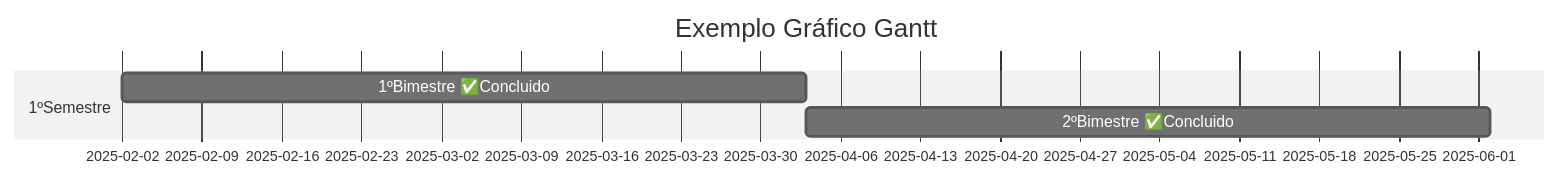
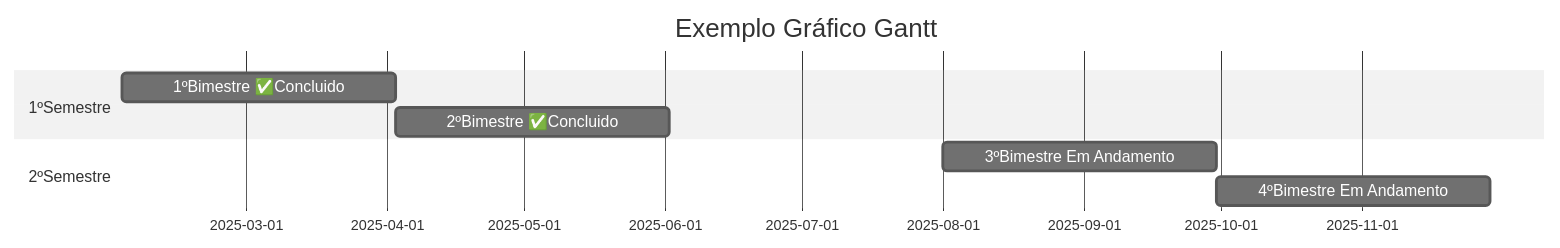
One commit to LucasBParada/dw3-grafico-g changed the third of 3 diagrams in README.md. Above: the diagram before and after it, drawn with Mermaid (neutral theme).

````diff
--- a/README.md
+++ b/README.md
@@ -20,9 +20,11 @@
 ```mermaid
 gantt
 title Exemplo Gráfico Gantt
 dateFormat YYYY-MM-DD
 section 1ºSemestre
 1ºBimestre ✅Concluido:a1, 2025-02-02, 60d
 2ºBimestre ✅Concluido:a2,after a1, 60d
 section 2ºSemestre
+3ºBimestre Em Andamento:a3, 2025-08-01, 60d
+4ºBimestre Em Andamento:a4, after a3, 60d 
 ```
````
